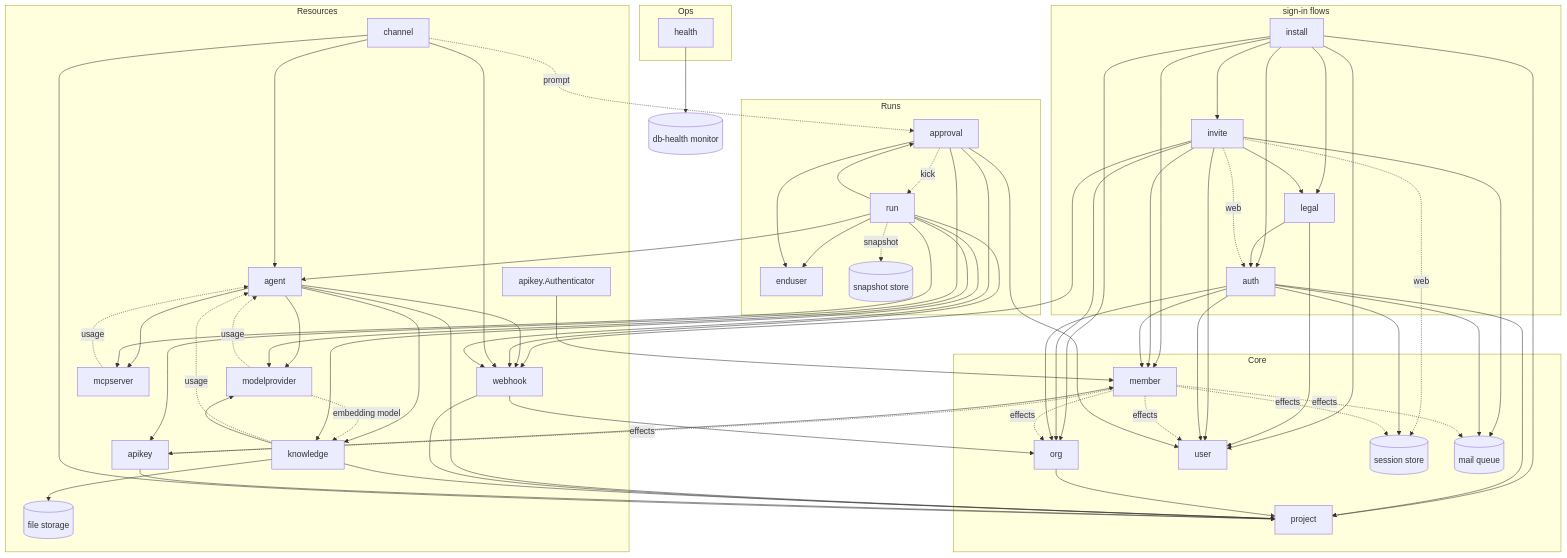
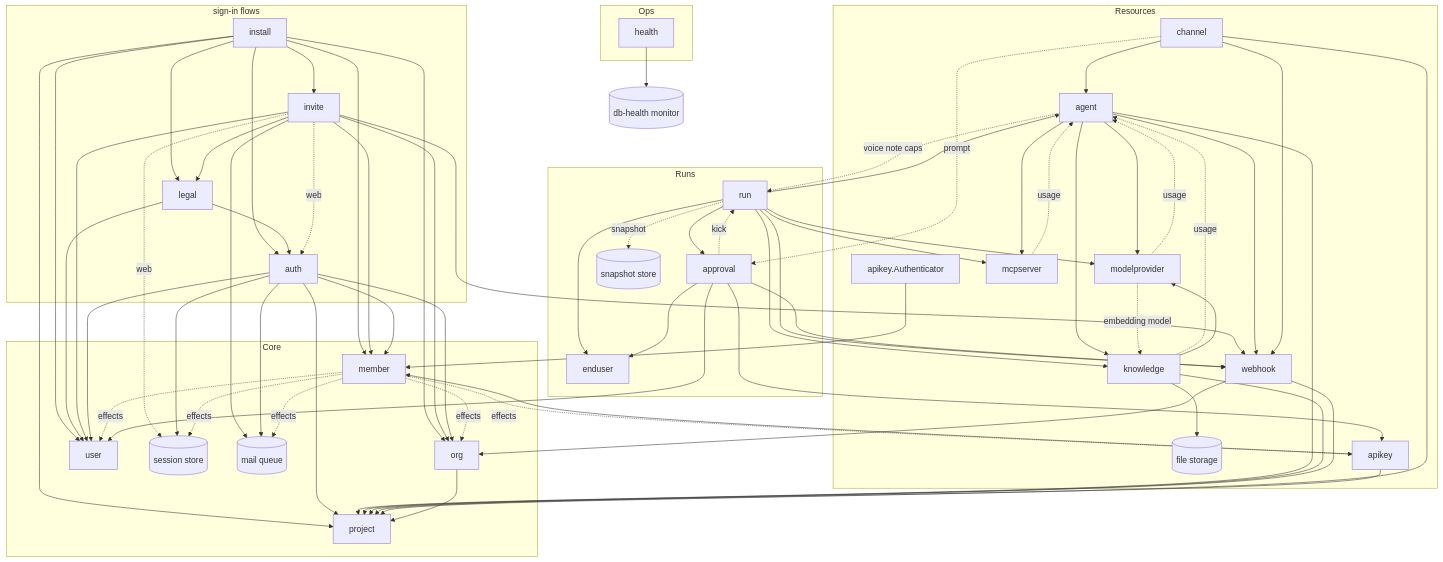
Before and after one commit to altalune-id/oagent: the third of 3 diagrams in internal/boot/README.md, drawn with Mermaid. The commit also changed 51 other files, not shown here.

Commit message:
feat(console): set up and read voice notes in the console, with transcription models, an agent voice-notes picker and transcript status in threads

````diff
--- a/internal/boot/README.md
+++ b/internal/boot/README.md
@@ -138,69 +138,70 @@
 ```mermaid
 flowchart TD
     subgraph Flows["sign-in flows"]
         install
         legal
         auth
         invite
     end
     subgraph Ops
         health
     end
     subgraph Resources
         agent
         modelprovider
         mcpserver
         knowledge
         files[(file storage)]
         channel
         webhook
         apikey
         keyAuthn["apikey.Authenticator"]
     end
     subgraph Runs
         run
         enduser
         approval
         snapshots[(snapshot store)]
     end
     subgraph Core
         org
         project
         member
         user
         sessions[(session store)]
         mailqueue[(mail queue)]
     end
 
     install --> auth
     legal --> auth
     install --> user & org & member & project & legal & invite
     legal --> user
     invite --> member & user & org & mailqueue & webhook & legal
     invite -. web .-> auth & sessions
     auth --> user & member & org & project & sessions & mailqueue
 
     agent --> webhook
     agent --> project
     agent --> modelprovider & mcpserver
     modelprovider -. usage .-> agent
     mcpserver -. usage .-> agent
     agent --> knowledge
     knowledge -. usage .-> agent
     knowledge --> files & modelprovider & project
     modelprovider -. embedding model .-> knowledge
     webhook --> project & org
     apikey --> project & member
     keyAuthn --> member
     member -. effects .-> sessions & apikey & user & org & mailqueue
     run --> agent & modelprovider & mcpserver & enduser & webhook & knowledge
+    agent -. voice note caps .-> run
     channel --> webhook & project & agent
     approval --> webhook & enduser & user & apikey
     approval -. kick .-> run
     run --> approval
     channel -. prompt .-> approval
     run -. snapshot .-> snapshots
     health --> dbh[(db-health monitor)]
 
     org --> project
 ```
````
